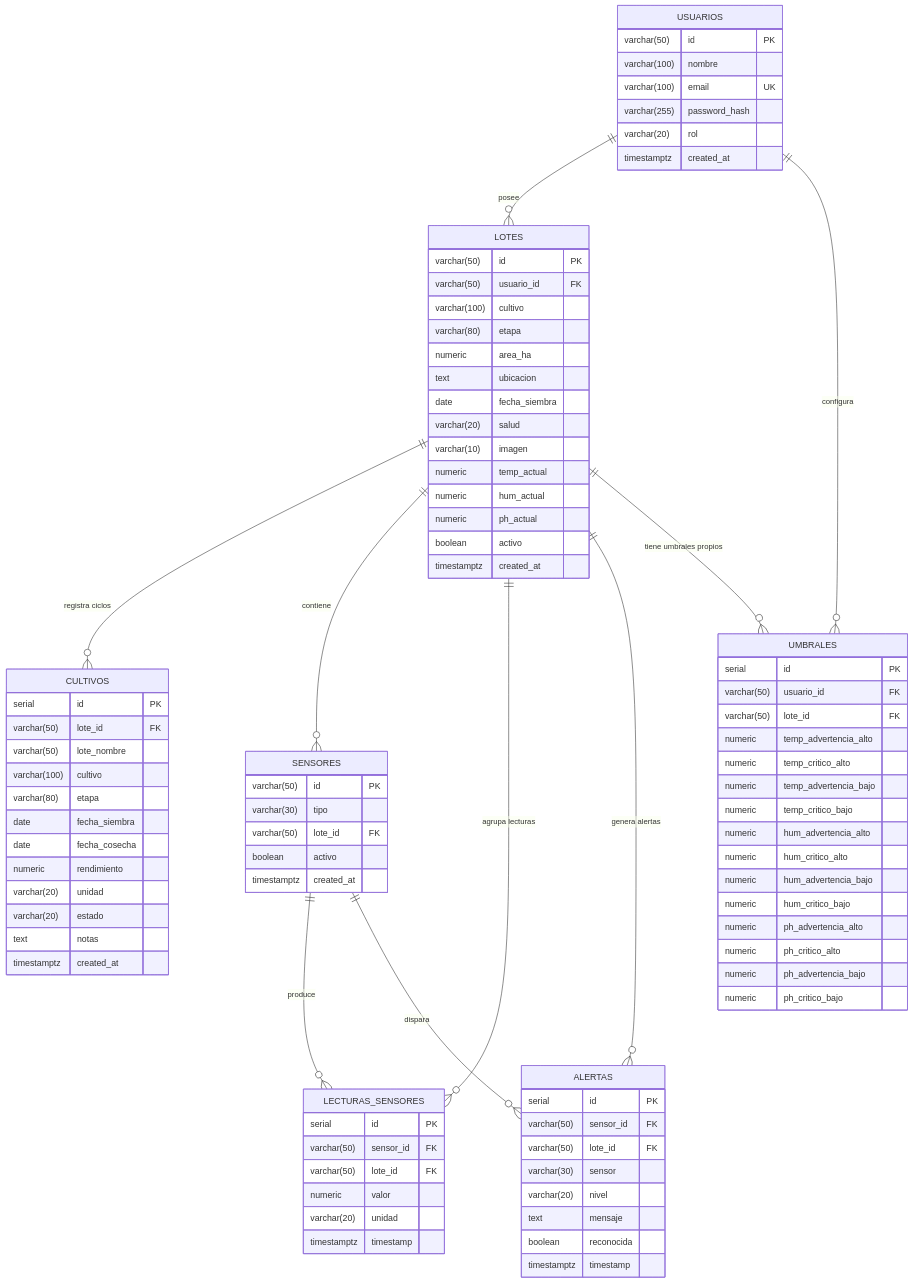
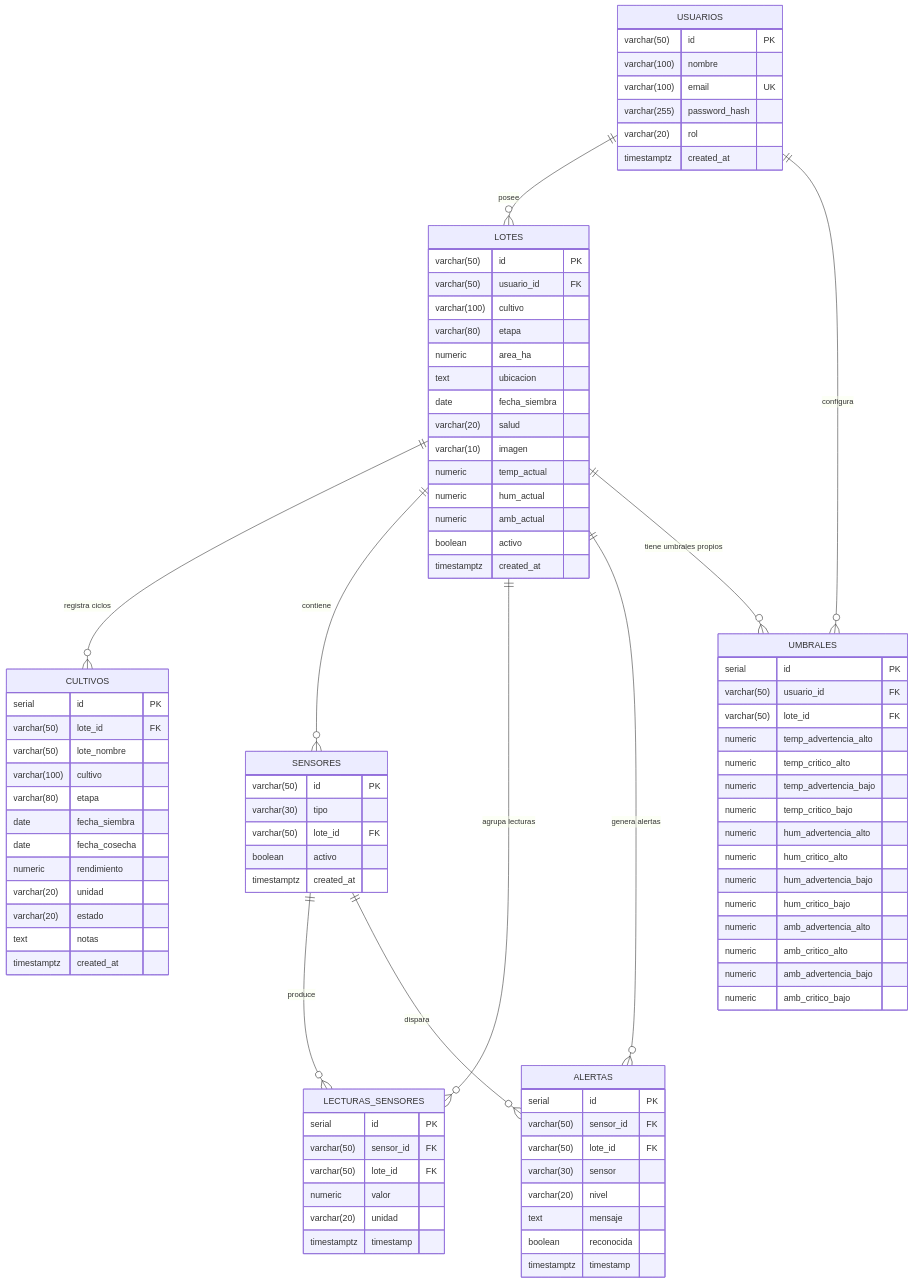
The diagram in backend/src/db/diagram.md (enfralyss/conuco), drawn with Mermaid before and after one commit. The commit also changed other lines of this file and 15 other files, not shown here.

```diff
--- a/backend/src/db/diagram.md
+++ b/backend/src/db/diagram.md
@@ -27,7 +27,7 @@
         varchar(10)  imagen
         numeric      temp_actual
         numeric      hum_actual
-        numeric      ph_actual
+        numeric      amb_actual
         boolean      activo
         timestamptz  created_at
     }
@@ -87,10 +87,10 @@
         numeric      hum_critico_alto
         numeric      hum_advertencia_bajo
         numeric      hum_critico_bajo
-        numeric      ph_advertencia_alto
-        numeric      ph_critico_alto
-        numeric      ph_advertencia_bajo
-        numeric      ph_critico_bajo
+        numeric      amb_advertencia_alto
+        numeric      amb_critico_alto
+        numeric      amb_advertencia_bajo
+        numeric      amb_critico_bajo
     }
 
     USUARIOS  ||--o{  LOTES             : "posee"
```
